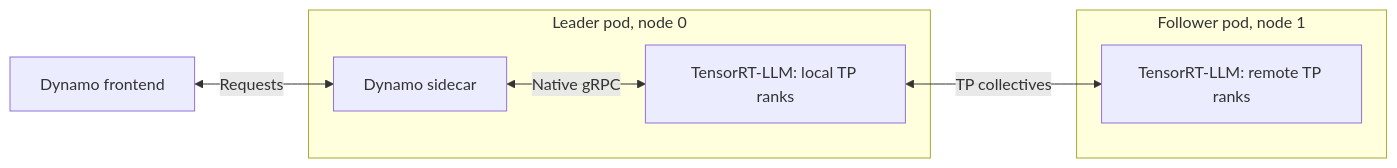
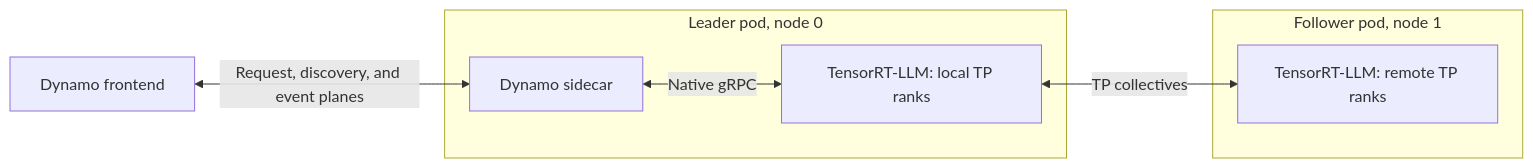
Before and after one commit to ai-dynamo/dynamo: the second of 2 diagrams in docs/fern/pages/developer-guide/knowledge-base/modular-components/backends/tensorrt-llm/sidecar.md, drawn with Mermaid. The commit also changed other lines of this file and 5 other files, not shown here.

Commit message:
docs(sidecar): label Dynamo planes and show DP collectives in topology diagrams

````diff
--- a/docs/fern/pages/developer-guide/knowledge-base/modular-components/backends/tensorrt-llm/sidecar.md
+++ b/docs/fern/pages/developer-guide/knowledge-base/modular-components/backends/tensorrt-llm/sidecar.md
@@ -79,11 +80,11 @@
 ```mermaid
 flowchart LR
-  F[Dynamo frontend] <-->|Requests| S
+  F[Dynamo frontend] <-->|Request, discovery, and event planes| S
   subgraph L[Leader pod, node 0]
     S[Dynamo sidecar] <-->|Native gRPC| E0[TensorRT-LLM: local TP ranks]
   end
   subgraph W[Follower pod, node 1]
     E1[TensorRT-LLM: remote TP ranks]
   end
   E0 <-->|TP collectives| E1
 ```
````
